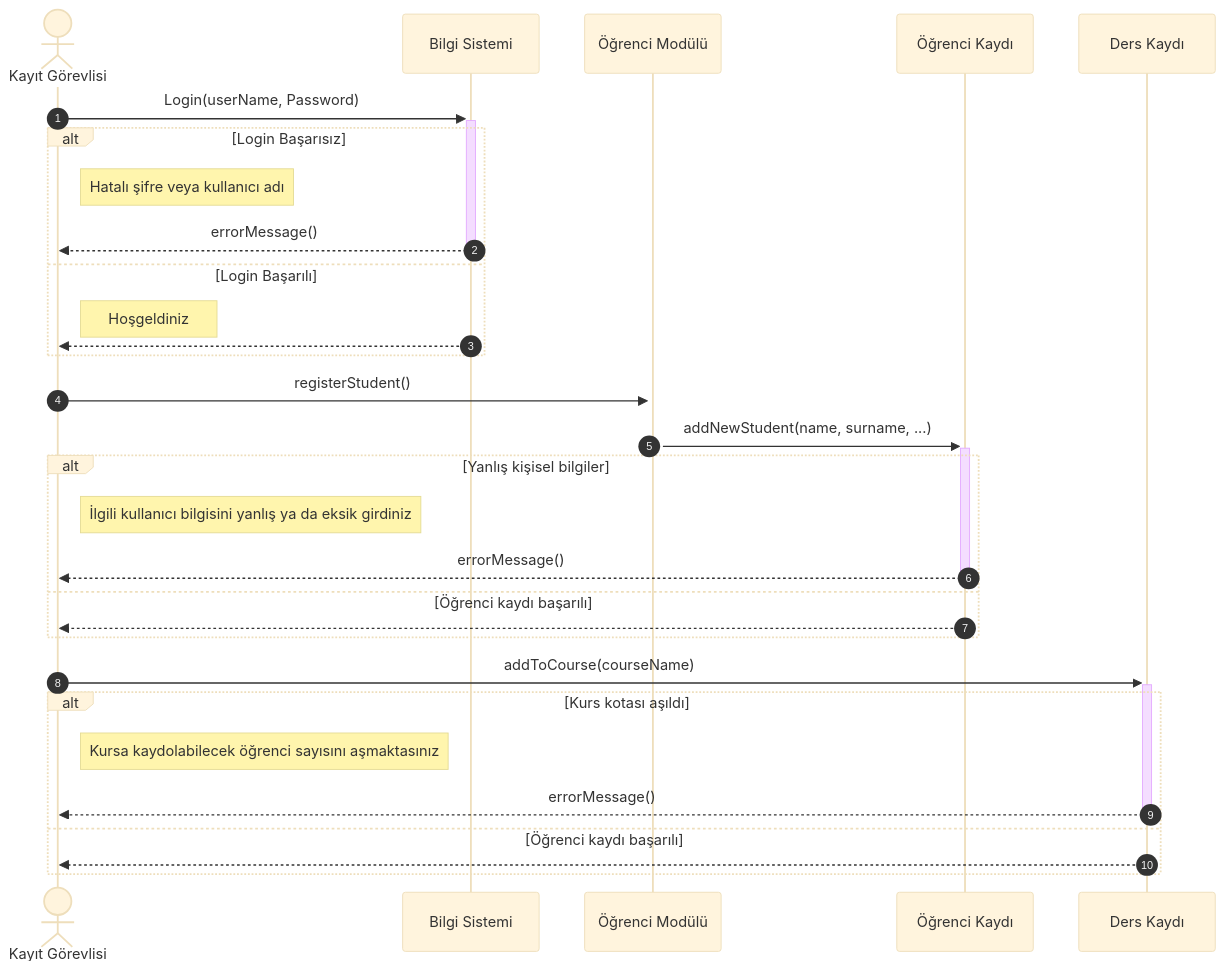
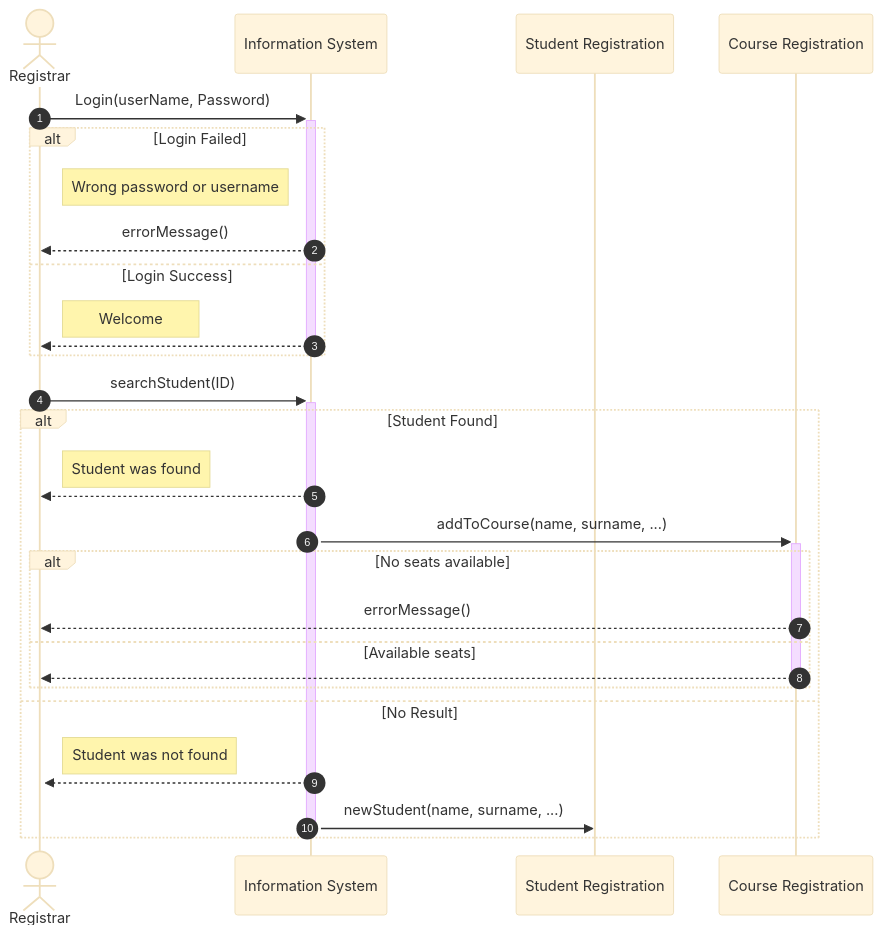
The diagram in Project/Module-1/01-SequenceDiagram/Add_Student.md (ondergormez/BLM3722_Software_Engineering), drawn with Mermaid (base theme) before and after one commit. The commit also changed 1 other file, not shown here.

````diff
--- a/Project/Module-1/01-SequenceDiagram/Add_Student.md
+++ b/Project/Module-1/01-SequenceDiagram/Add_Student.md
@@ -1,34 +1,37 @@
 ```mermaid
 sequenceDiagram
     autonumber
-    actor Kayıt Görevlisi
-    participant Bilgi Sistemi
-    participant Öğrenci Modülü
-    participant Öğrenci Kaydı
-    participant Ders Kaydı
+    actor Registrar
+    participant Information System
+    participant Student Registration
+    participant Course Registration
 
-    Kayıt Görevlisi->>+Bilgi Sistemi: Login(userName, Password)
-    alt Login Başarısız
-        Note right of Kayıt Görevlisi: Hatalı şifre veya kullanıcı adı
-        Bilgi Sistemi-->>-Kayıt Görevlisi: errorMessage()
-    else Login Başarılı
-        Note right of Kayıt Görevlisi: Hoşgeldiniz
-        Bilgi Sistemi-->>Kayıt Görevlisi: 
+    Registrar->>+Information System: Login(userName, Password)
+    alt Login Failed
+        Note right of Registrar: Wrong password or username
+        Information System-->>Registrar: errorMessage()
+    else Login Success
+        Note right of Registrar: Welcome
+        Information System-->>-Registrar: 
     end
-    Kayıt Görevlisi->>+Öğrenci Modülü: registerStudent()
-    Öğrenci Modülü->>+Öğrenci Kaydı: addNewStudent(name, surname, ...)
-    alt Yanlış kişisel bilgiler
-        Note right of Kayıt Görevlisi: İlgili kullanıcı bilgisini yanlış ya da eksik girdiniz
-        Öğrenci Kaydı-->>-Kayıt Görevlisi: errorMessage()        
-    else Öğrenci kaydı başarılı
-        Öğrenci Kaydı-->>Kayıt Görevlisi: 
-    end     
 
-    Kayıt Görevlisi->>+Ders Kaydı: addToCourse(courseName)
-    alt Kurs kotası aşıldı
-         Note right of Kayıt Görevlisi: Kursa kaydolabilecek öğrenci sayısını aşmaktasınız
-        Ders Kaydı-->>-Kayıt Görevlisi: errorMessage()
-    else Öğrenci kaydı başarılı
-        Ders Kaydı-->>Kayıt Görevlisi:       
-    end    
+    Registrar->>+Information System: searchStudent(ID)
+    alt Student Found
+        Note right of Registrar: Student was found
+        Information System-->>Registrar: 
+        Information System->>+Course Registration: addToCourse(name, surname, ...)
+        alt No seats available
+        Course Registration-->>Registrar: errorMessage()
+        else Available seats
+        Course Registration-->>-Registrar: 
+        end
+    else No Result
+        Note right of Registrar: Student was not found 
+        Information System-->>+Registrar:       
+        Information System->>-Student Registration: newStudent(name, surname, ...)
+    end
+
+    
+
+  
 ```
````
